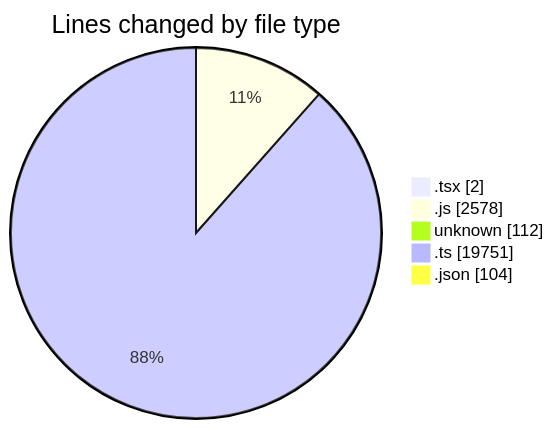
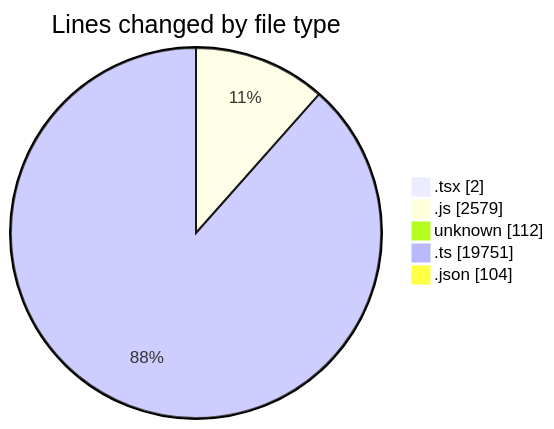
Before and after one commit to momahboobian/code-tracking: the first of 2 diagrams in 2026-05-06/cda/README.md, drawn with Mermaid. The commit also changed other lines of this file and 1 other file, not shown here.

````diff
--- a/2026-05-06/cda/README.md
+++ b/2026-05-06/cda/README.md
@@ -35,9 +35,9 @@
 ```mermaid
 pie showData
 title Lines changed by file type
 ".tsx" : 2
-".js" : 2578
+".js" : 2579
 "unknown" : 112
 ".ts" : 19751
 ".json" : 104
 ```
````
